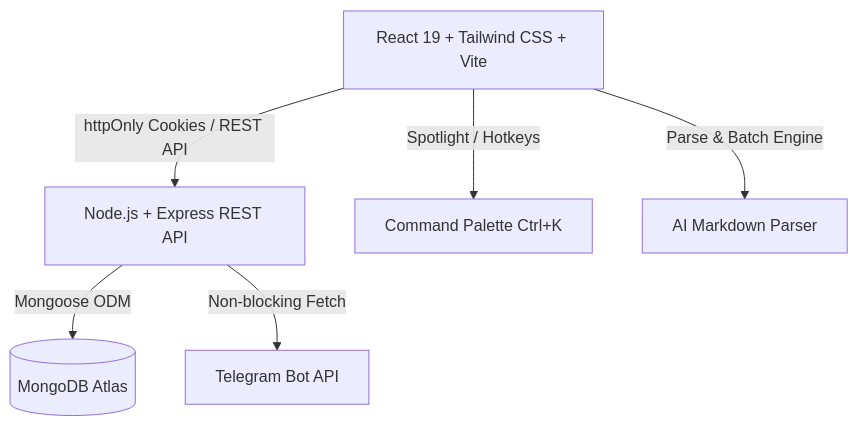
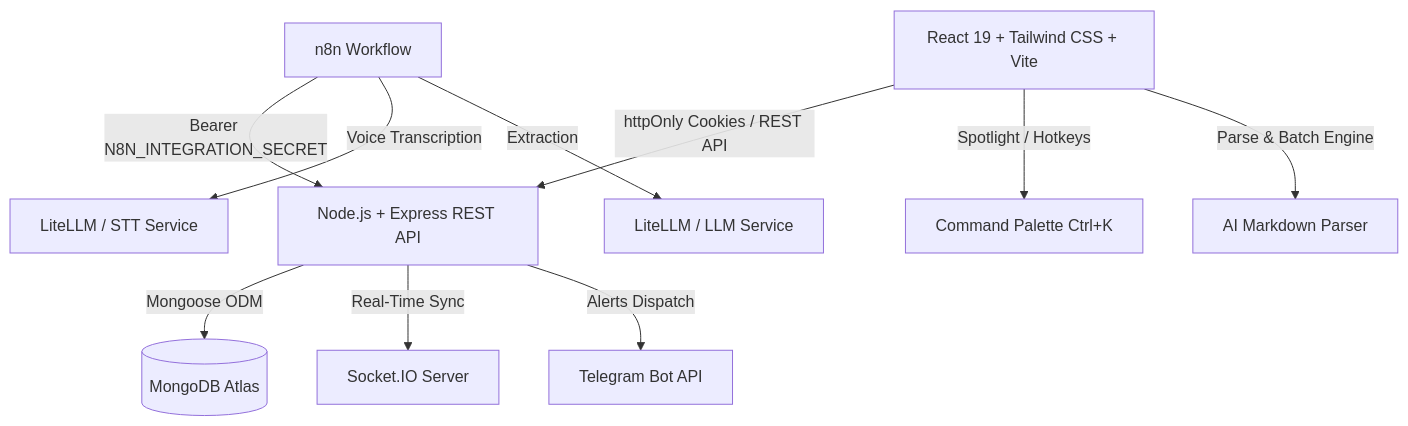
One commit to Parham-Codes/Taskera changed the second of 2 diagrams in README.md. Above: the diagram before and after it, drawn with Mermaid. The commit also changed other lines of this file and 1 other file, not shown here.

Commit message:
docs: update README files with Telegram voice assistant and AI integration details

````diff
--- a/README.md
+++ b/README.md
@@ -56,8 +203,12 @@
 ```mermaid
 graph TD
   Client[React 19 + Tailwind CSS + Vite] -->|httpOnly Cookies / REST API| Server[Node.js + Express REST API]
   Server -->|Mongoose ODM| DB[(MongoDB Atlas)]
-  Server -->|Non-blocking Fetch| Telegram[Telegram Bot API]
+  Server -->|Real-Time Sync| Socket[Socket.IO Server]
+  Server -->|Alerts Dispatch| Telegram[Telegram Bot API]
+  N8N[n8n Workflow] -->|Bearer N8N_INTEGRATION_SECRET| Server
+  N8N -->|Voice Transcription| STT[LiteLLM / STT Service]
+  N8N -->|Extraction| LLM[LiteLLM / LLM Service]
   Client -->|Spotlight / Hotkeys| Palette[Command Palette Ctrl+K]
   Client -->|Parse & Batch Engine| AI[AI Markdown Parser]
 ```
````
